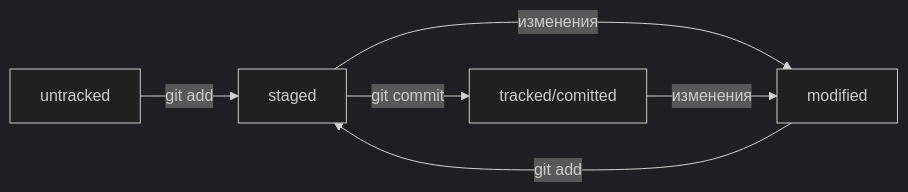
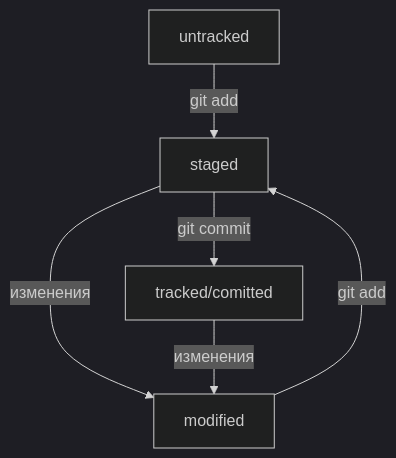
One commit to Levashov-Andrey/about-git changed the diagram in README.md. Above: the diagram before and after it, drawn with Mermaid (dark theme).

Commit message:
Изменить тип диаграммы на TD

````diff
--- a/README.md
+++ b/README.md
@@ -87,8 +87,8 @@
 ```mermaid
-graph LR
+graph TD
 untracked -- "git add" --> staged;
 modified -- "git add" --> staged;
 staged -- "изменения" --> modified;
 tracked/comitted -- "изменения" --> modified;
 staged    -- "git commit" --> tracked/comitted;
 ```
````
